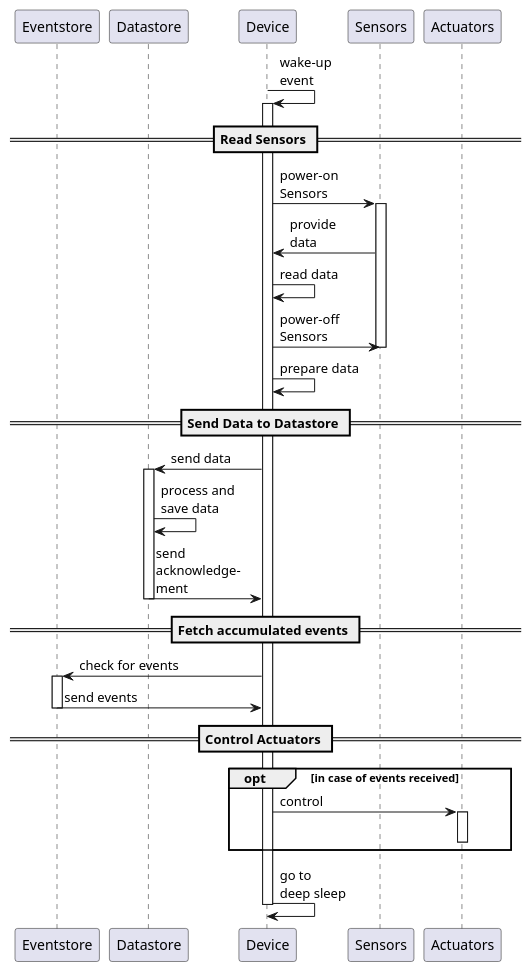
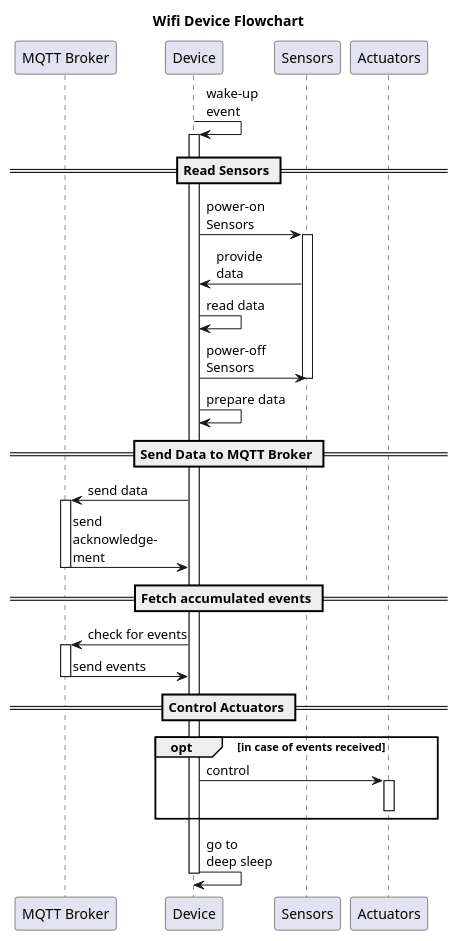
Before and after one commit to frederikheld/pot-pourri: the diagram in docs/device_pot-monitoring-wifi_sequence.plantuml, drawn with PlantUML. The commit also changed 50 other files, not shown here.

```diff
--- a/docs/device_pot-monitoring-wifi_sequence.plantuml
+++ b/docs/device_pot-monitoring-wifi_sequence.plantuml
@@ -1,53 +1,55 @@
 @startuml
 skinparam componentStyle uml2
 
-participant "Eventstore"
-participant "Datastore"
+title Wifi Device Flowchart
+
+'This should go to the pot-pourri-devices repo
+
+participant "MQTT Broker"
 participant "Device"
 participant "Sensors"
 participant "Actuators"
 
 Device -> Device: wake-up\nevent
 Activate Device
 
 == Read Sensors ==
 
 Device -> Sensors: power-on\nSensors
 Activate Sensors
 Sensors -> Device: provide\ndata
 Device -> Device: read data
 Device -> Sensors: power-off\nSensors
 Deactivate Sensors
 
 Device -> Device: prepare data
 
-== Send Data to Datastore ==
+== Send Data to MQTT Broker ==
 
-Device -> Datastore: send data
+Device -> "MQTT Broker": send data
 
-Activate Datastore
-Datastore -> Datastore: process and\nsave data
-Datastore -> Device: send\nacknowledge-\nment
-Deactivate Datastore
+Activate "MQTT Broker"
+"MQTT Broker" -> Device: send\nacknowledge-\nment
+Deactivate "MQTT Broker"
 
 == Fetch accumulated events ==
 
-Device -> Eventstore: check for events
-Activate Eventstore
-Eventstore -> Device: send events
-Deactivate Eventstore
+Device -> "MQTT Broker": check for events
+Activate "MQTT Broker"
+"MQTT Broker" -> Device: send events
+Deactivate "MQTT Broker"
 
 == Control Actuators ==
 
 opt in case of events received
     
     Device -> Actuators: control
     Activate Actuators
     Deactivate Actuators
 
 end
 
 Device -> Device: go to\ndeep sleep
 Deactivate Device
 
 @enduml
```
